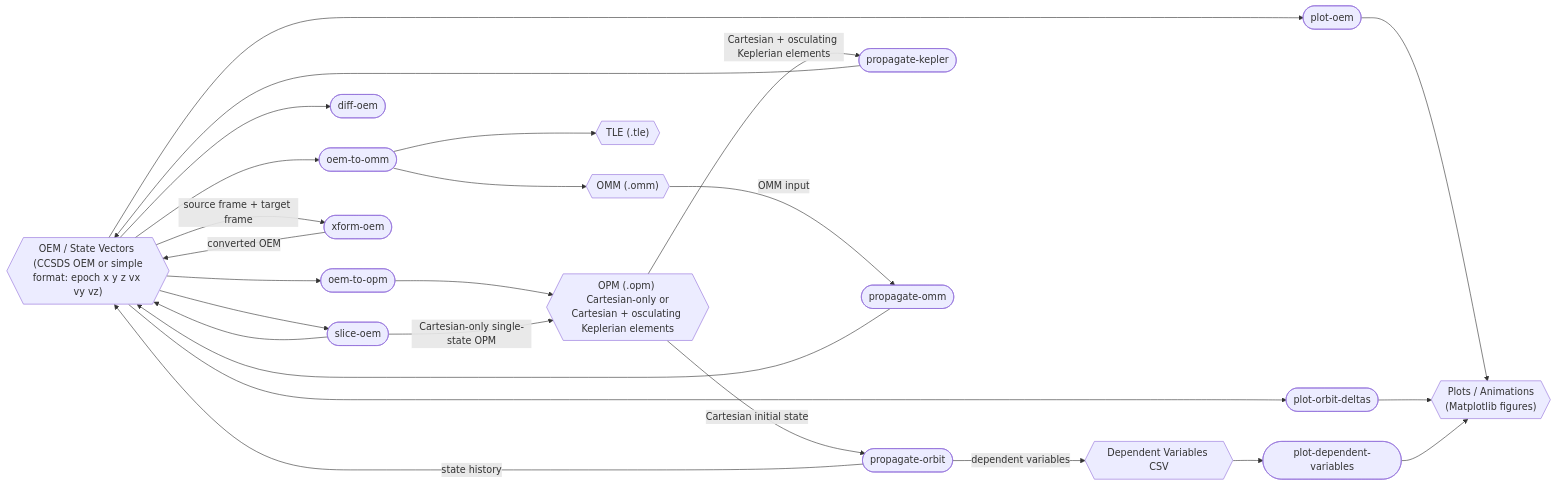
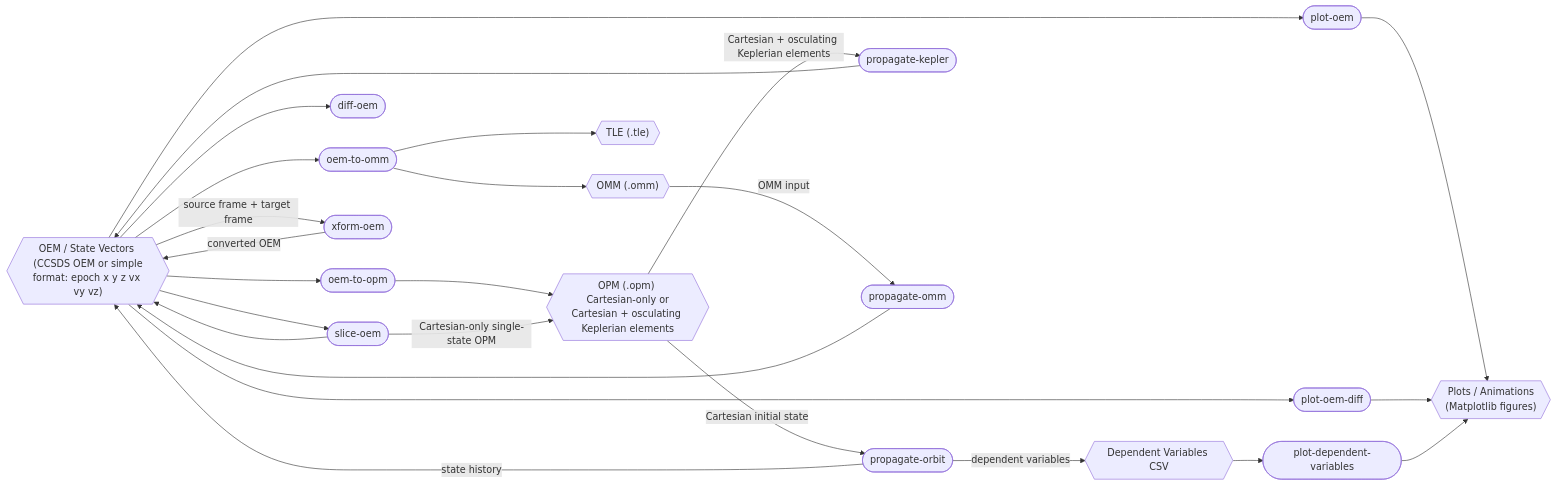
Before and after one commit to jeongyunl/ephem-toolkit: the first of 2 diagrams in README.md, drawn with Mermaid. The commit also changed other lines of this file and 19 other files, not shown here.

Commit message:
Rename plot-orbit-deltas to plot-oem-diff

````diff
--- a/README.md
+++ b/README.md
@@ -15,53 +15,53 @@
 ```mermaid
 flowchart LR
     fmt_oem{{"OEM / State Vectors <br/> (CCSDS OEM or simple format: epoch x y z vx vy vz)"}}
     fmt_opm{{"OPM (.opm) <br/> Cartesian-only or Cartesian + osculating Keplerian elements"}}
     fmt_omm{{"OMM (.omm)"}}
     fmt_tle{{"TLE (.tle)"}}
     fmt_dep_vars_csv{{"Dependent Variables CSV"}}
     fmt_plots{{"Plots / Animations <br/> (Matplotlib figures)"}}
 
     oem_to_omm(["oem-to-omm"])
     oem_to_opm(["oem-to-opm"])
     propagate_sat(["propagate-orbit"])
     propagate_kepler(["propagate-kepler"])
     propagate_omm(["propagate-omm"])
     plot_oem(["plot-oem"])
-    plot_orbit_deltas(["plot-orbit-deltas"])
+    plot_oem_diff(["plot-oem-diff"])
     plot_dep_vars(["plot-dependent-variables"])
     diff_oem(["diff-oem"])
     slice_oem(["slice-oem"])
     xform_oem(["xform-oem"])
 
     fmt_oem --> oem_to_omm
     oem_to_omm --> fmt_omm
     oem_to_omm --> fmt_tle
     fmt_oem --> oem_to_opm
     oem_to_opm --> fmt_opm
 
     fmt_opm -->|"Cartesian initial state"| propagate_sat
     propagate_sat -->|"state history"| fmt_oem
     propagate_sat -->|"dependent variables"| fmt_dep_vars_csv
 
     fmt_opm -->|"Cartesian + osculating Keplerian elements"| propagate_kepler
     propagate_kepler --> fmt_oem
 
     fmt_omm -->|"OMM input"| propagate_omm
     propagate_omm --> fmt_oem
 
     fmt_oem --> diff_oem
     fmt_oem --> plot_oem
-    fmt_oem --> plot_orbit_deltas
+    fmt_oem --> plot_oem_diff
     plot_oem --> fmt_plots
-    plot_orbit_deltas --> fmt_plots
+    plot_oem_diff --> fmt_plots
 
     fmt_dep_vars_csv --> plot_dep_vars
     plot_dep_vars --> fmt_plots
 
     fmt_oem --> slice_oem
     slice_oem --> fmt_oem
     slice_oem -->|"Cartesian-only single-state OPM"| fmt_opm
 
     fmt_oem -->|"source frame + target frame"| xform_oem
     xform_oem -->|"converted OEM"| fmt_oem
 ```
````
